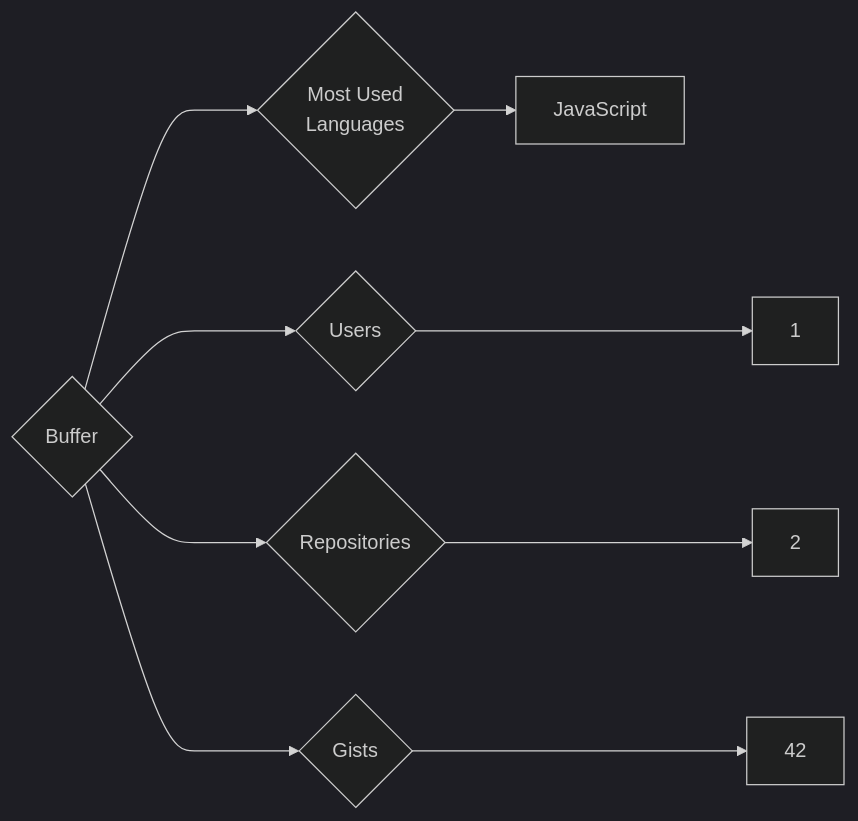
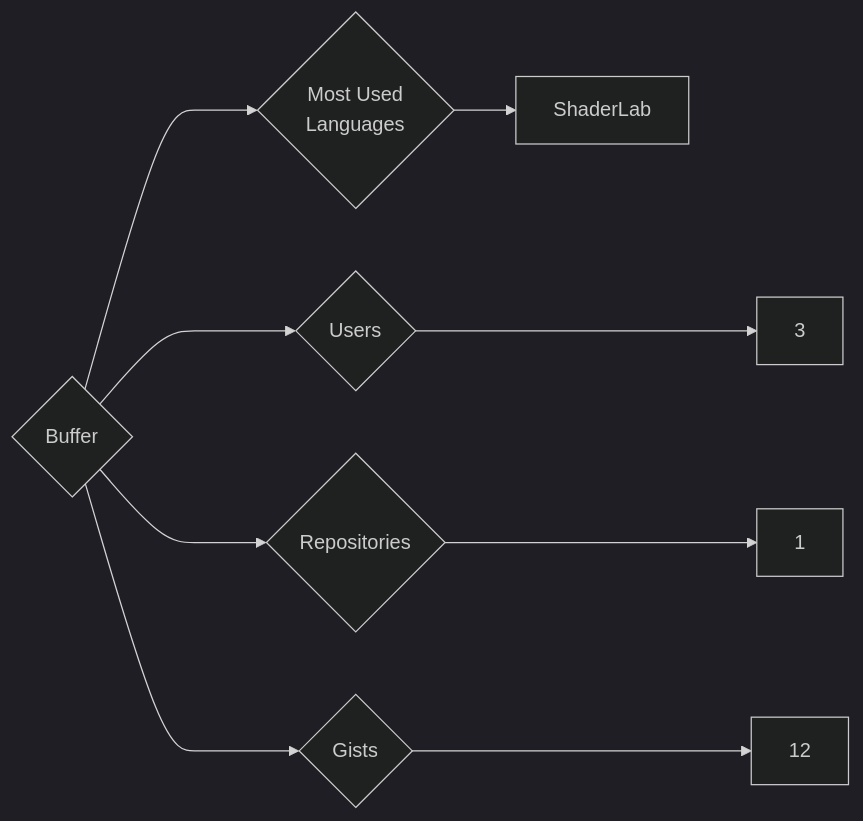
One commit to trickest/insiders changed the diagram in targets/Buffer/README.md. Above: the diagram before and after it, drawn with Mermaid (dark theme). The commit also changed 688 other files, not shown here.

````diff
--- a/targets/Buffer/README.md
+++ b/targets/Buffer/README.md
@@ -3,9 +3,9 @@
 ```mermaid
 graph LR
 COMPANY_NAME{Buffer}
-COMPANY_NAME ---> U{Users} ---> UN[1]
-COMPANY_NAME ---> R{Repositories} ---> RN[2]
-COMPANY_NAME ---> G{Gists} ---> GN[42]
+COMPANY_NAME ---> U{Users} ---> UN[3]
+COMPANY_NAME ---> R{Repositories} ---> RN[1]
+COMPANY_NAME ---> G{Gists} ---> GN[12]
 COMPANY_NAME ---> ML{Most Used<br>Languages}
-ML --> JavaScript[JavaScript]
+ML --> ShaderLab[ShaderLab]
 ```
````
